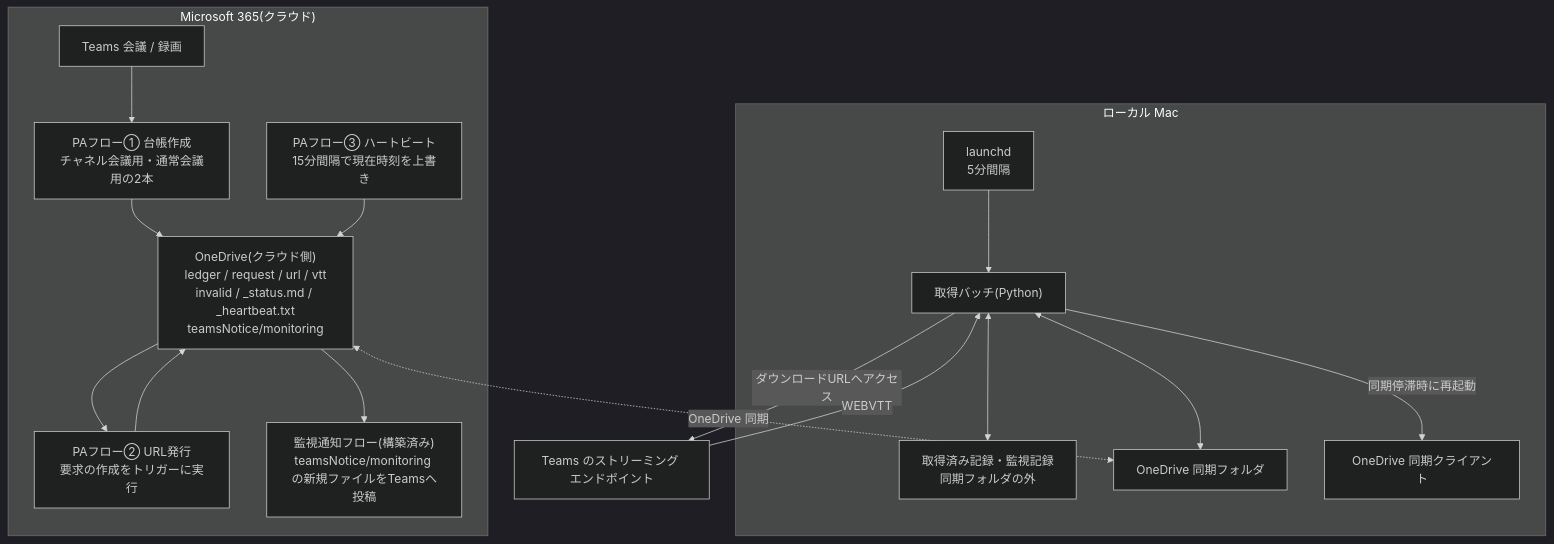
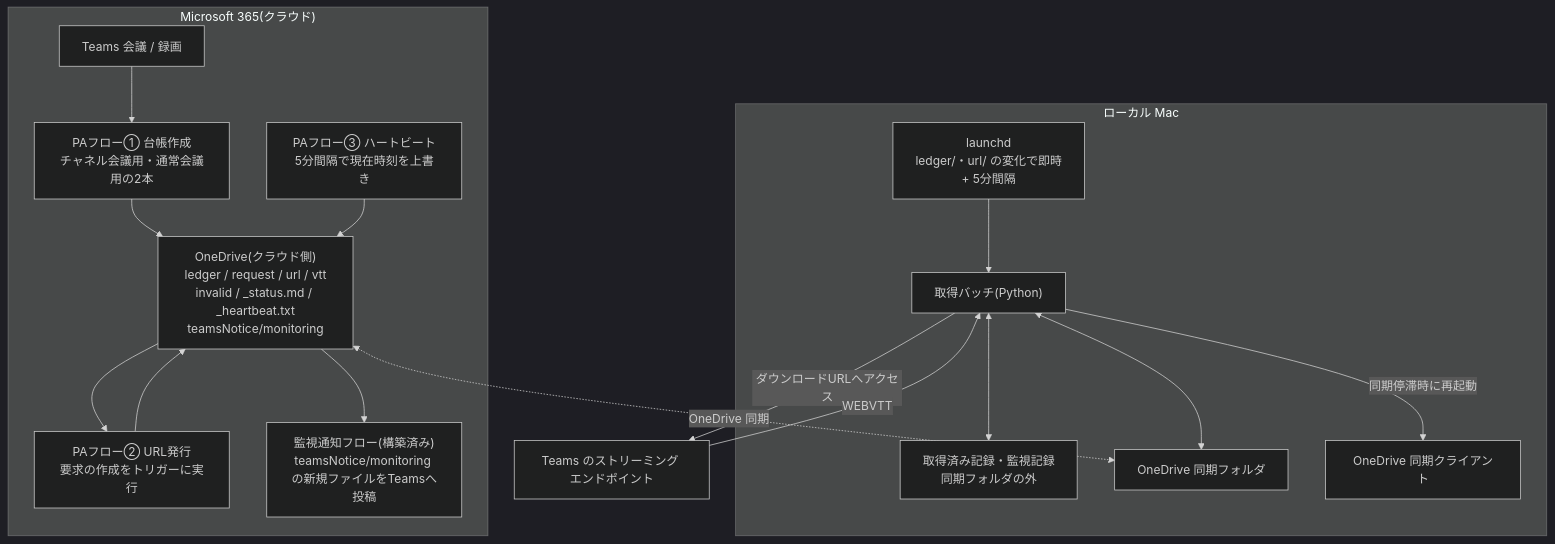
One commit to dnode-ryosuke-yamazaki/study changed the second of 2 diagrams in apps/teams-transcript-fetcher/specs/architecture.md. Above: the diagram before and after it, drawn with Mermaid (dark theme). The commit also changed other lines of this file and 10 other files, not shown here.

````diff
--- a/apps/teams-transcript-fetcher/specs/architecture.md
+++ b/apps/teams-transcript-fetcher/specs/architecture.md
@@ -80,33 +80,33 @@
 ```mermaid
 flowchart TD
     subgraph cloud["Microsoft 365(クラウド)"]
         TEAMS["Teams 会議 / 録画"]
         PA1["PAフロー① 台帳作成<br/>チャネル会議用・通常会議用の2本"]
         PA2["PAフロー② URL発行<br/>要求の作成をトリガーに実行"]
-        PA3["PAフロー③ ハートビート<br/>15分間隔で現在時刻を上書き"]
+        PA3["PAフロー③ ハートビート<br/>5分間隔で現在時刻を上書き"]
         PA4["監視通知フロー(構築済み)<br/>teamsNotice/monitoring の新規ファイルをTeamsへ投稿"]
         ODC["OneDrive(クラウド側)<br/>ledger / request / url / vtt<br/>invalid / _status.md / _heartbeat.txt<br/>teamsNotice/monitoring"]
     end
 
     subgraph mac["ローカル Mac"]
-        LAUNCHD["launchd<br/>5分間隔"]
+        LAUNCHD["launchd<br/>ledger/・url/ の変化で即時<br/>+ 5分間隔"]
         BATCH["取得バッチ(Python)"]
         STATE["取得済み記録・監視記録<br/>同期フォルダの外"]
         ODL["OneDrive 同期フォルダ"]
         ODPROC["OneDrive 同期クライアント"]
     end
 
     EXT["Teams のストリーミング エンドポイント"]
 
     TEAMS --> PA1 --> ODC
     ODC <-. OneDrive 同期 .-> ODL
     LAUNCHD --> BATCH
     BATCH <--> ODL
     BATCH <--> STATE
     BATCH -- ダウンロードURLへアクセス --> EXT
     EXT -- WEBVTT --> BATCH
     ODC --> PA2 --> ODC
     PA3 --> ODC
     ODC --> PA4
     BATCH -- 同期停滞時に再起動 --> ODPROC
 ```
````
